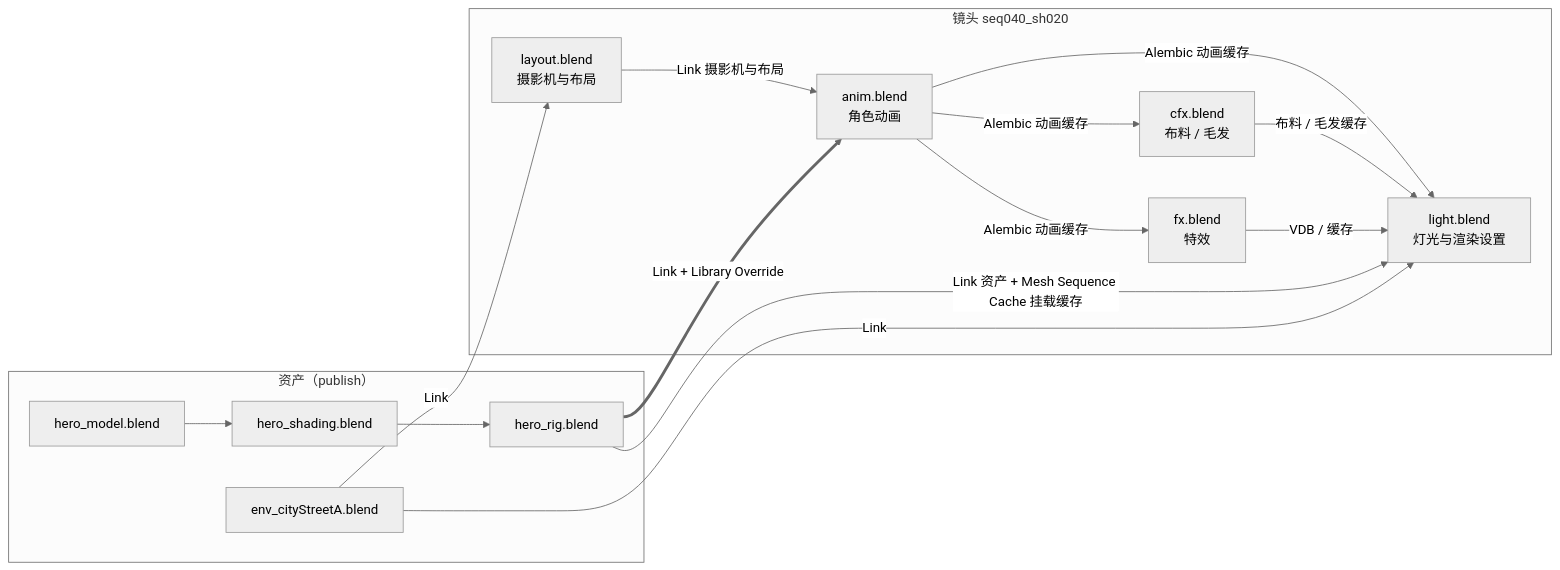
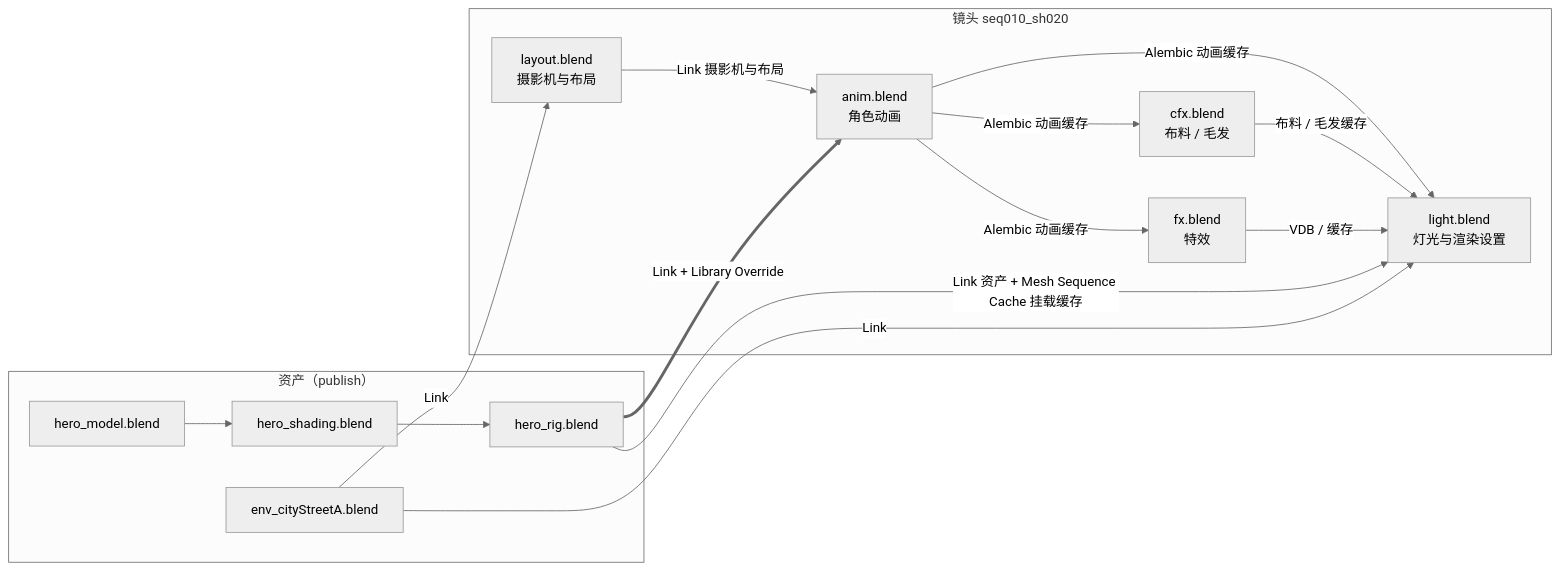
Before and after one commit to fred29910/ppsk: the third of 22 diagrams in docs/dls.md, drawn with Mermaid (neutral theme). The commit also changed other lines of this file and 3 other files, not shown here.

````diff
--- a/docs/dls.md
+++ b/docs/dls.md
@@ -215,26 +216,26 @@
 ```mermaid
 flowchart LR
   subgraph AS["资产（publish）"]
     M["hero_model.blend"] --> SH["hero_shading.blend"] --> R["hero_rig.blend"]
     ENV["env_cityStreetA.blend"]
   end
 
-  subgraph SHOT["镜头 seq040_sh020"]
+  subgraph SHOT["镜头 seq010_sh020"]
     L["layout.blend<br/>摄影机与布局"]
     AN["anim.blend<br/>角色动画"]
     CFX["cfx.blend<br/>布料 / 毛发"]
     FX["fx.blend<br/>特效"]
     LT["light.blend<br/>灯光与渲染设置"]
     L -->|Link 摄影机与布局| AN
     AN -->|Alembic 动画缓存| CFX
     AN -->|Alembic 动画缓存| FX
     AN -->|Alembic 动画缓存| LT
     CFX -->|布料 / 毛发缓存| LT
     FX -->|VDB / 缓存| LT
   end
 
   R ==>|Link + Library Override| AN
   R -->|Link 资产 + Mesh Sequence Cache 挂载缓存| LT
   ENV -->|Link| L
   ENV -->|Link| LT
 ```
````
